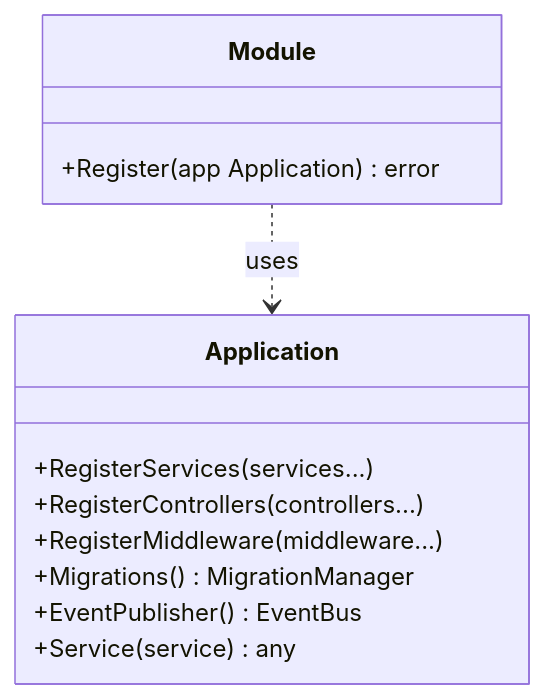
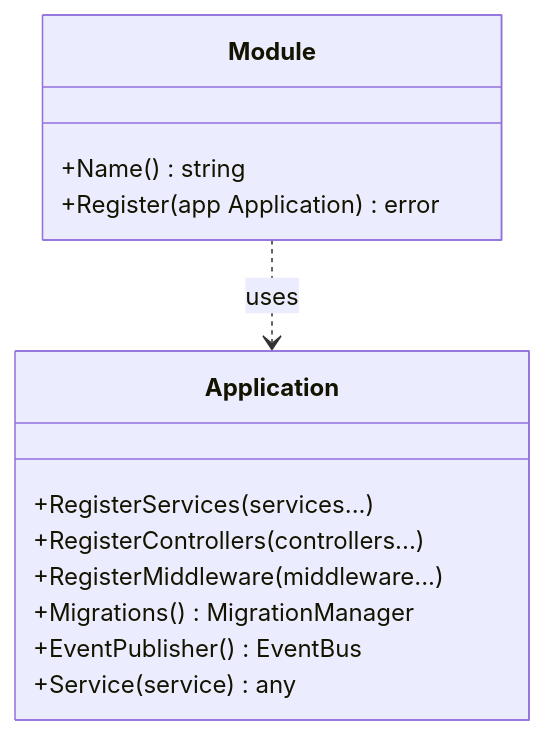
Before and after one commit to iota-uz/iota-sdk: the fifth of 13 diagrams in docs/content/architecture/module-system.mdx, drawn with Mermaid. The commit also changed other lines of this file and 4 other files, not shown here.

First line of the commit message:
docs: fix architecture (BuiltInModules, multi-tenancy, frontend, DDD)

````diff
--- a/docs/content/architecture/module-system.mdx
+++ b/docs/content/architecture/module-system.mdx
@@ -108,17 +108,18 @@
 ```mermaid
 classDiagram
     class Module {
+        +Name() string
         +Register(app Application) error
     }
     
     class Application {
         +RegisterServices(services...)
         +RegisterControllers(controllers...)
         +RegisterMiddleware(middleware...)
         +Migrations() MigrationManager
         +EventPublisher() EventBus
         +Service(service) any
     }
     
     Module ..> Application : uses
 ```
````
